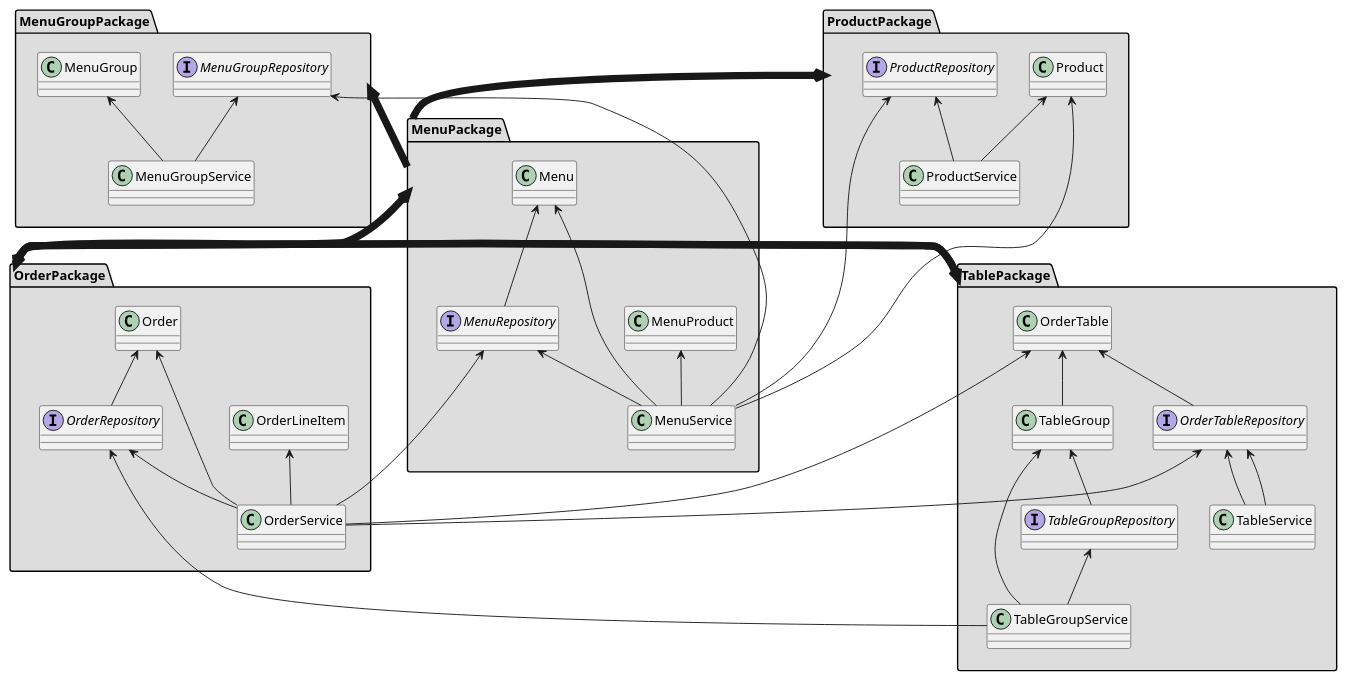
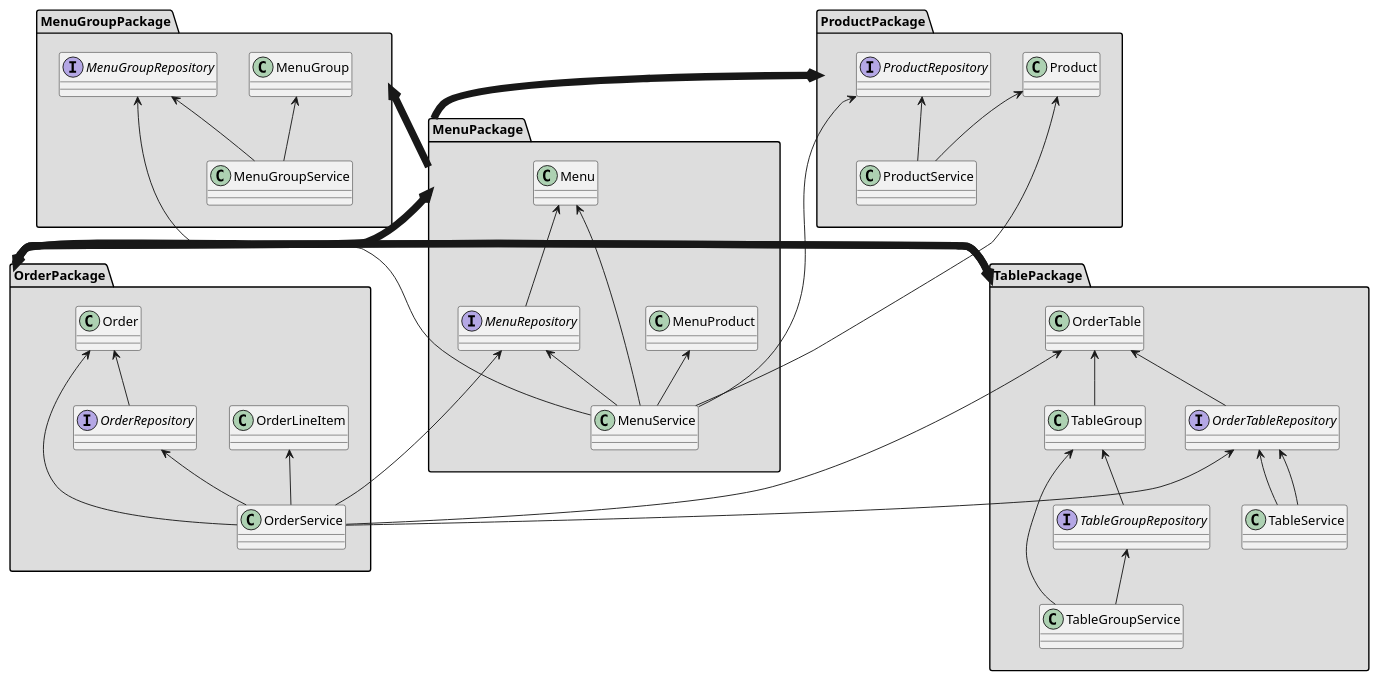
The diagram in markdown/uml.puml (next-step/jwp-refactoring), drawn with PlantUML before and after one commit.

Commit message:
docs: 의존성 삭제 정리

```diff
--- a/markdown/uml.puml
+++ b/markdown/uml.puml
@@ -1,87 +1,87 @@
 @startuml
 package MenuPackage #DDDDDD {
   class MenuService
   class Menu
   class MenuProduct
   interface MenuRepository
 }
 package MenuGroupPackage #DDDDDD {
   class MenuGroupService
   class MenuGroup
   interface MenuGroupRepository
 }
 package OrderPackage #DDDDDD {
   class OrderService
   class Order
   class OrderLineItem
   interface OrderRepository
 }
 package ProductPackage #DDDDDD {
   class ProductService
   class Product
   interface ProductRepository
 }
 package TablePackage #DDDDDD {
   class TableService
   class TableGroupService
   class OrderTable
   class TableGroup
   interface OrderTableRepository
   interface TableGroupRepository
 }
 
   ProductPackage <-[thickness=8]- MenuPackage
   MenuGroupPackage <-[thickness=8]- MenuPackage
   MenuPackage <-[thickness=8]- OrderPackage
   TablePackage <-[thickness=8]- OrderPackage
   OrderPackage <-[thickness=8]- TablePackage
 
 
   Menu <-- MenuService
   'MenuGroup <-- MenuService
   MenuGroupRepository <-- MenuService
   MenuProduct <-- MenuService
   MenuRepository <-- MenuService
   Product <-- MenuService
   ProductRepository <-- MenuService
 
   'MenuGroup <-- Menu
 
   'Product <-- MenuProduct
 
   MenuGroup <-- MenuGroupService
   MenuGroupRepository <-- MenuGroupService
 '------------------------------------------------------
   'OrderTable <-- Order
 
   'Menu <-- OrderLineItem
 
   'Menu <-- OrderService
   MenuRepository <-- OrderService
   Order <-- OrderService
   OrderLineItem <-- OrderService
   OrderRepository <-- OrderService
   OrderTable <-- OrderService
   OrderTableRepository <-- OrderService
 
   Product <-- ProductService
   ProductRepository <-- ProductService
 
   OrderTable <-- TableGroup
 
-  OrderRepository <-- TableGroupService
+  'OrderRepository <-- TableGroupService
   'OrderTable <-- TableGroupService
   'OrderTableRepository <-- TableGroupService
   TableGroup <-- TableGroupService
   TableGroupRepository <-- TableGroupService
 
   'OrderRepository <-- TableService
   'OrderTable <-- TableService
   OrderTableRepository <-- TableService
 
   TableGroup <-- TableGroupRepository
   Order <-- OrderRepository
   Menu <-- MenuRepository
   OrderTableRepository <-- TableService
   OrderTable <-- OrderTableRepository
 @enduml
```
